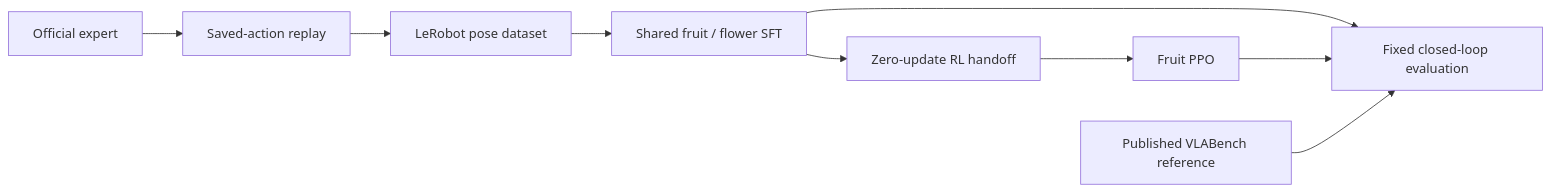
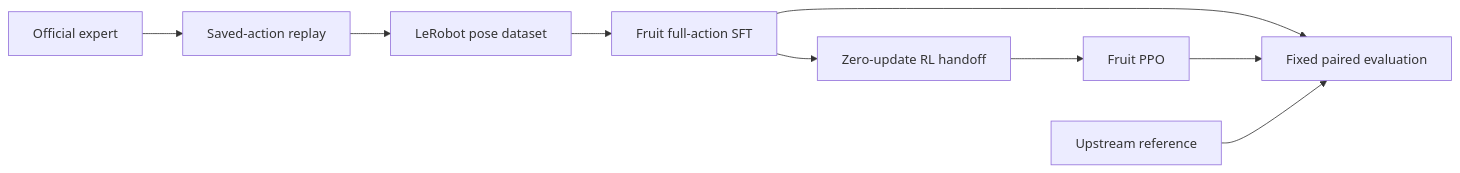
The diagram in docs/system-design.md (Turbo176/Pi05-VLABench), drawn with Mermaid before and after one commit. The commit also changed other lines of this file and 113 other files, not shown here.

Commit message:
Record full-action fruit SFT and PPO evaluation

````diff
--- a/docs/system-design.md
+++ b/docs/system-design.md
@@ -7,11 +7,11 @@
 ```mermaid
 flowchart LR
     E[Official expert] --> R[Saved-action replay]
     R --> D[LeRobot pose dataset]
-    D --> S[Shared fruit / flower SFT]
+    D --> S[Fruit full-action SFT]
     S --> H[Zero-update RL handoff]
     H --> P[Fruit PPO]
-    S --> V[Fixed closed-loop evaluation]
+    S --> V[Fixed paired evaluation]
     P --> V
-    B[Published VLABench reference] --> V
+    B[Upstream reference] --> V
 ```
````
